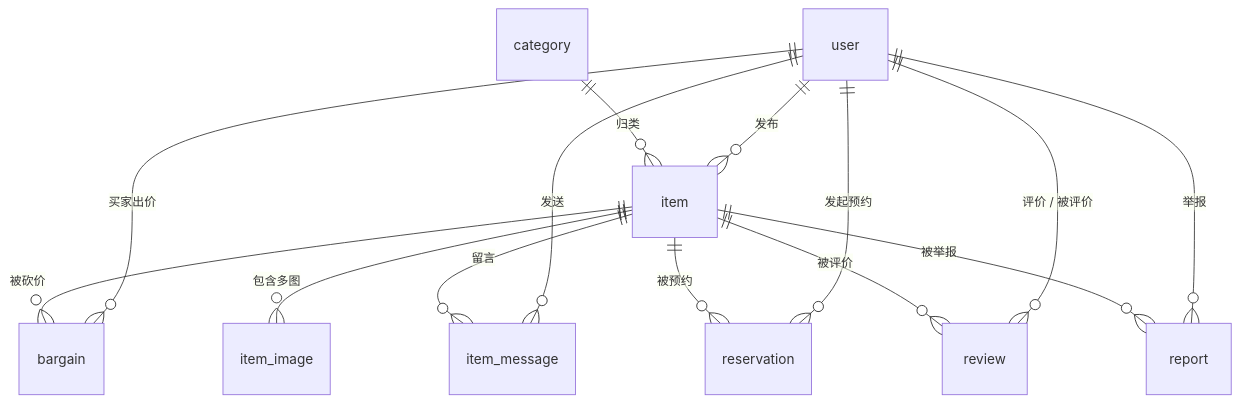
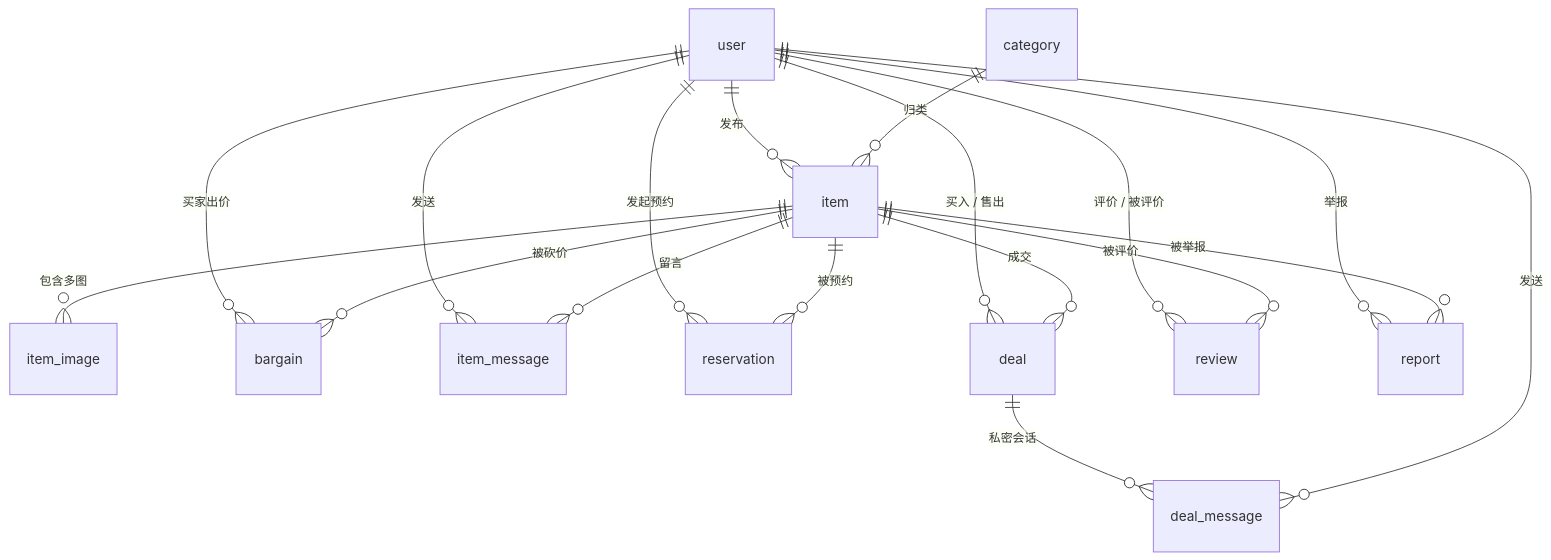
The diagram in docs/03_数据库设计与数据字典.md (potato-fried-potato/campushub), drawn with Mermaid before and after one commit. The commit also changed other lines of this file and 78 other files, not shown here.

````diff
--- a/docs/03_数据库设计与数据字典.md
+++ b/docs/03_数据库设计与数据字典.md
@@ -22,16 +22,20 @@
 ```mermaid
 erDiagram
     user ||--o{ item : "发布"
     category ||--o{ item : "归类"
     item ||--o{ item_image : "包含多图"
     user ||--o{ bargain : "买家出价"
     item ||--o{ bargain : "被砍价"
     user ||--o{ item_message : "发送"
     item ||--o{ item_message : "留言"
     user ||--o{ reservation : "发起预约"
     item ||--o{ reservation : "被预约"
+    user ||--o{ deal : "买入 / 售出"
+    item ||--o{ deal : "成交"
+    deal ||--o{ deal_message : "私密会话"
+    user ||--o{ deal_message : "发送"
     user ||--o{ review : "评价 / 被评价"
     item ||--o{ review : "被评价"
     user ||--o{ report : "举报"
     item ||--o{ report : "被举报"
 ```
````
